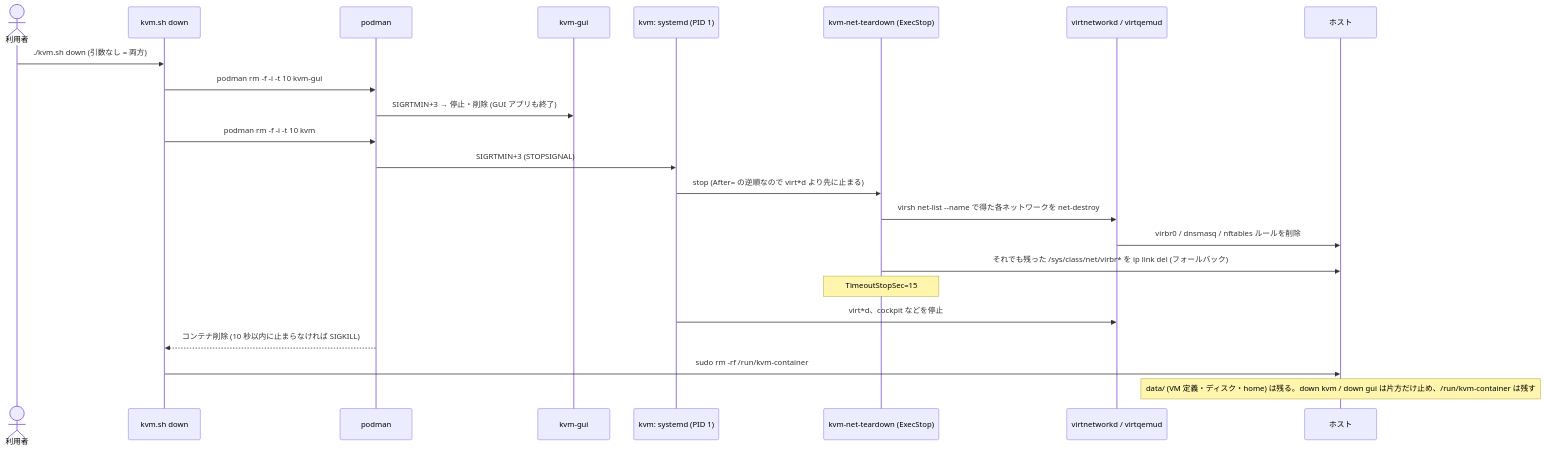
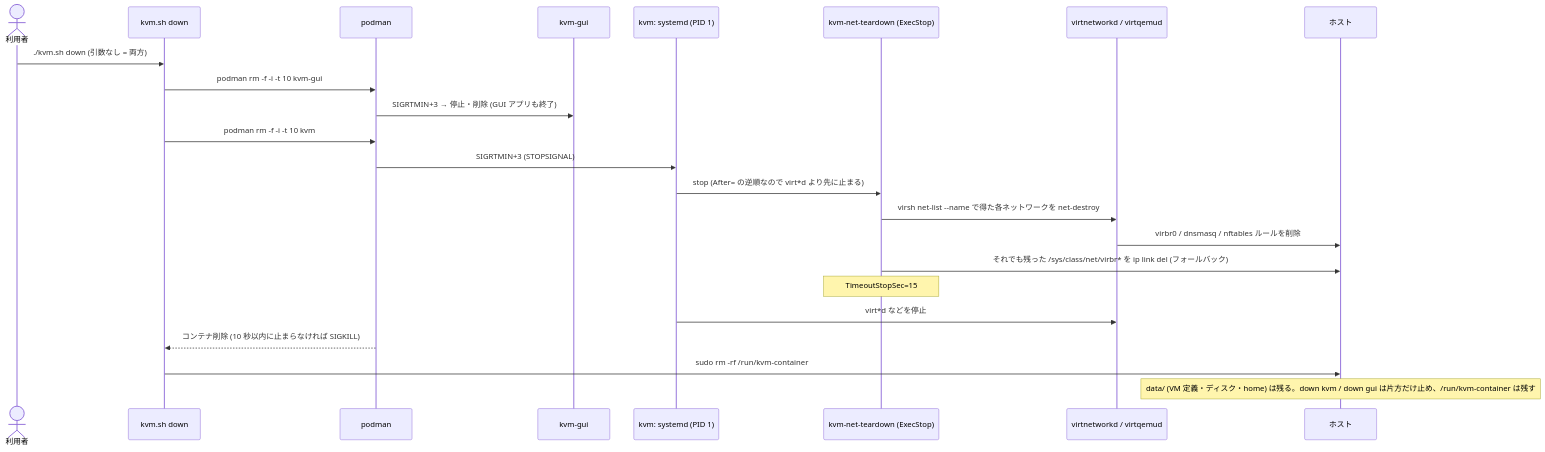
Diagram 17 of 22 in docs/SPEC.md (ryo-aoki-pc/kvm-container), drawn with Mermaid before and after one commit. The commit also changed other lines of this file and 11 other files, not shown here.

````diff
--- a/docs/SPEC.md
+++ b/docs/SPEC.md
@@ -834,25 +793,25 @@
 ```mermaid
 sequenceDiagram
   actor U as 利用者
   participant K as kvm.sh down
   participant P as podman
   participant G as kvm-gui
   participant S as kvm: systemd (PID 1)
   participant T as kvm-net-teardown (ExecStop)
   participant V as virtnetworkd / virtqemud
   participant H as ホスト
   U->>K: ./kvm.sh down (引数なし = 両方)
   K->>P: podman rm -f -i -t 10 kvm-gui
   P->>G: SIGRTMIN+3 → 停止・削除 (GUI アプリも終了)
   K->>P: podman rm -f -i -t 10 kvm
   P->>S: SIGRTMIN+3 (STOPSIGNAL)
   S->>T: stop (After= の逆順なので virt*d より先に止まる)
   T->>V: virsh net-list --name で得た各ネットワークを net-destroy
   V->>H: virbr0 / dnsmasq / nftables ルールを削除
   T->>H: それでも残った /sys/class/net/virbr* を ip link del (フォールバック)
   Note over T: TimeoutStopSec=15
-  S->>V: virt*d、cockpit などを停止
+  S->>V: virt*d などを停止
   P-->>K: コンテナ削除 (10 秒以内に止まらなければ SIGKILL)
   K->>H: sudo rm -rf /run/kvm-container
   Note over H: data/ (VM 定義・ディスク・home) は残る。down kvm / down gui は片方だけ止め、/run/kvm-container は残す
 ```
````
